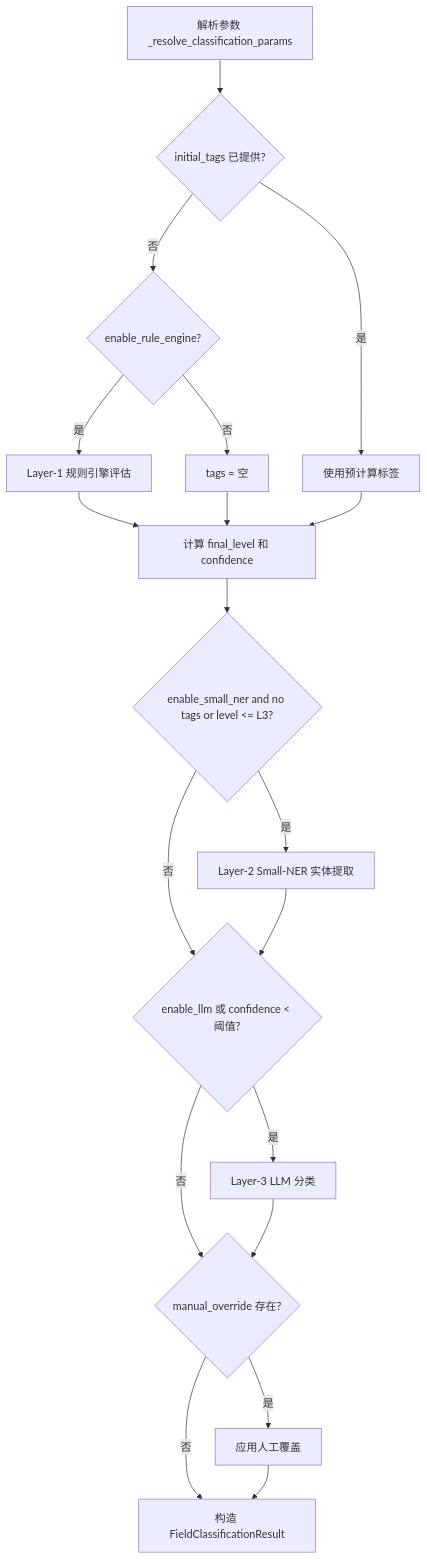
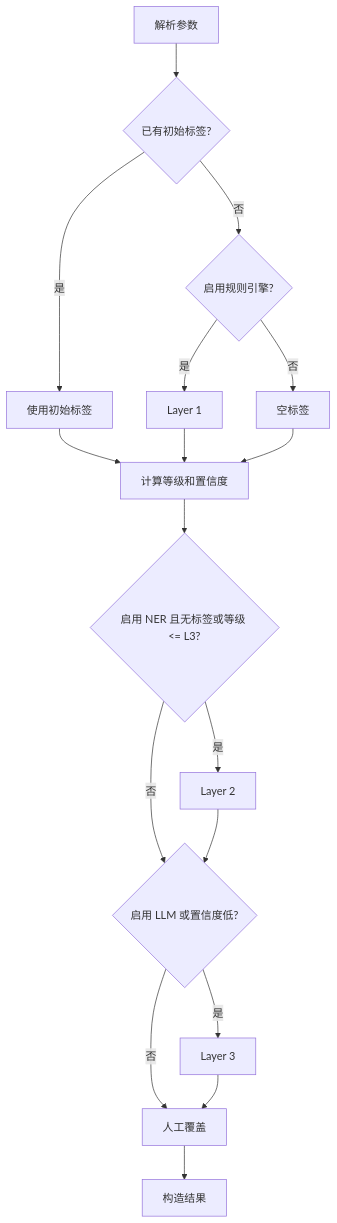
Before and after one commit to fengzhizi319/PrivShield: the second of 4 diagrams in docs/classification/design.md, drawn with Mermaid. The commit also changed other lines of this file and 14 other files, not shown here.

````diff
--- a/docs/classification/design.md
+++ b/docs/classification/design.md
@@ -197,21 +150,19 @@
 ```mermaid
 graph TD
-    A[解析参数 _resolve_classification_params] --> B{initial_tags 已提供?}
-    B -->|是| C[使用预计算标签]
-    B -->|否| D{enable_rule_engine?}
-    D -->|是| E[Layer-1 规则引擎评估]
-    D -->|否| F[tags = 空]
-    E --> G[计算 final_level 和 confidence]
+    A[解析参数] --> B{已有初始标签?}
+    B -->|是| C[使用初始标签]
+    B -->|否| D{启用规则引擎?}
+    D -->|是| E[Layer 1]
+    D -->|否| F[空标签]
+    C --> G[计算等级和置信度]
+    E --> G
     F --> G
-    C --> G
-    G --> H{enable_small_ner and no tags or level <= L3?}
-    H -->|是| I[Layer-2 Small-NER 实体提取]
-    H -->|否| J{enable_llm 或 confidence < 阈值?}
+    G --> H{启用 NER 且无标签或等级 <= L3?}
+    H -->|是| I[Layer 2]
+    H -->|否| J{启用 LLM 或置信度低?}
     I --> J
-    J -->|是| K[Layer-3 LLM 分类]
-    J -->|否| L{manual_override 存在?}
+    J -->|是| K[Layer 3]
+    J -->|否| L[人工覆盖]
     K --> L
-    L -->|是| M[应用人工覆盖]
-    L -->|否| N[构造 FieldClassificationResult]
-    M --> N
+    L --> M[构造结果]
 ```
````
